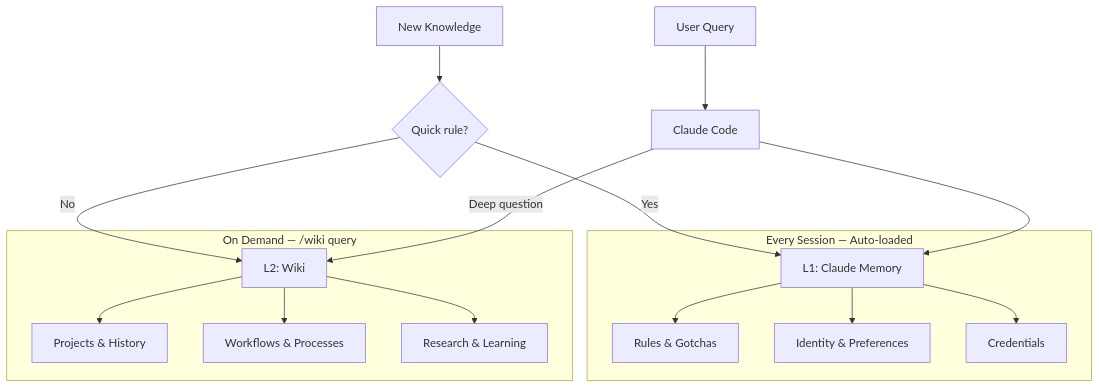
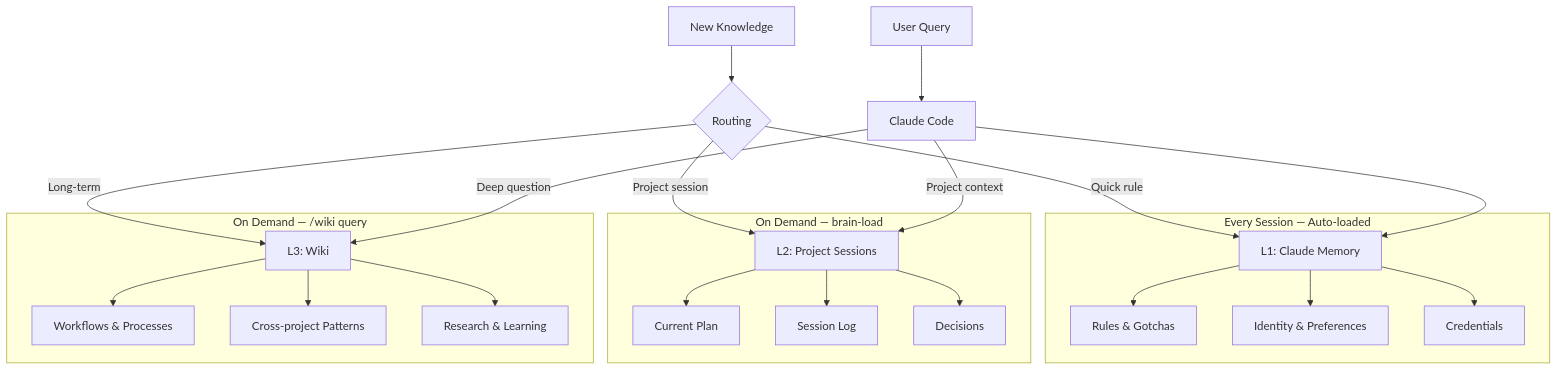
The first of 3 diagrams in README.md (vlad-aleksandrov/llm-wiki), drawn with Mermaid before and after one commit. The commit also changed other lines of this file, not shown here.

First line of the commit message:
docs: update README for three-layer architecture (L1/L2/L3)

````diff
--- a/README.md
+++ b/README.md
@@ -11,30 +11,42 @@
 ```mermaid
 graph TB
     subgraph "Every Session — Auto-loaded"
         L1[L1: Claude Memory]
         L1R[Rules & Gotchas]
         L1I[Identity & Preferences]
         L1C[Credentials]
         L1 --> L1R
         L1 --> L1I
         L1 --> L1C
     end
 
-    subgraph "On Demand — /wiki query"
-        L2[L2: Wiki]
-        L2P[Projects & History]
-        L2W[Workflows & Processes]
-        L2K[Research & Learning]
+    subgraph "On Demand — brain-load"
+        L2[L2: Project Sessions]
+        L2P[Current Plan]
+        L2S[Session Log]
+        L2D[Decisions]
         L2 --> L2P
-        L2 --> L2W
-        L2 --> L2K
+        L2 --> L2S
+        L2 --> L2D
     end
 
-    NEW[New Knowledge] --> ROUTE{Quick rule?}
-    ROUTE -->|Yes| L1
-    ROUTE -->|No| L2
+    subgraph "On Demand — /wiki query"
+        L3[L3: Wiki]
+        L3W[Workflows & Processes]
+        L3K[Cross-project Patterns]
+        L3R[Research & Learning]
+        L3 --> L3W
+        L3 --> L3K
+        L3 --> L3R
+    end
+
+    NEW[New Knowledge] --> ROUTE{Routing}
+    ROUTE -->|Quick rule| L1
+    ROUTE -->|Project session| L2
+    ROUTE -->|Long-term| L3
 
     USER[User Query] --> CLAUDE[Claude Code]
     CLAUDE --> L1
-    CLAUDE -->|Deep question| L2
+    CLAUDE -->|Project context| L2
+    CLAUDE -->|Deep question| L3
 ```
````
